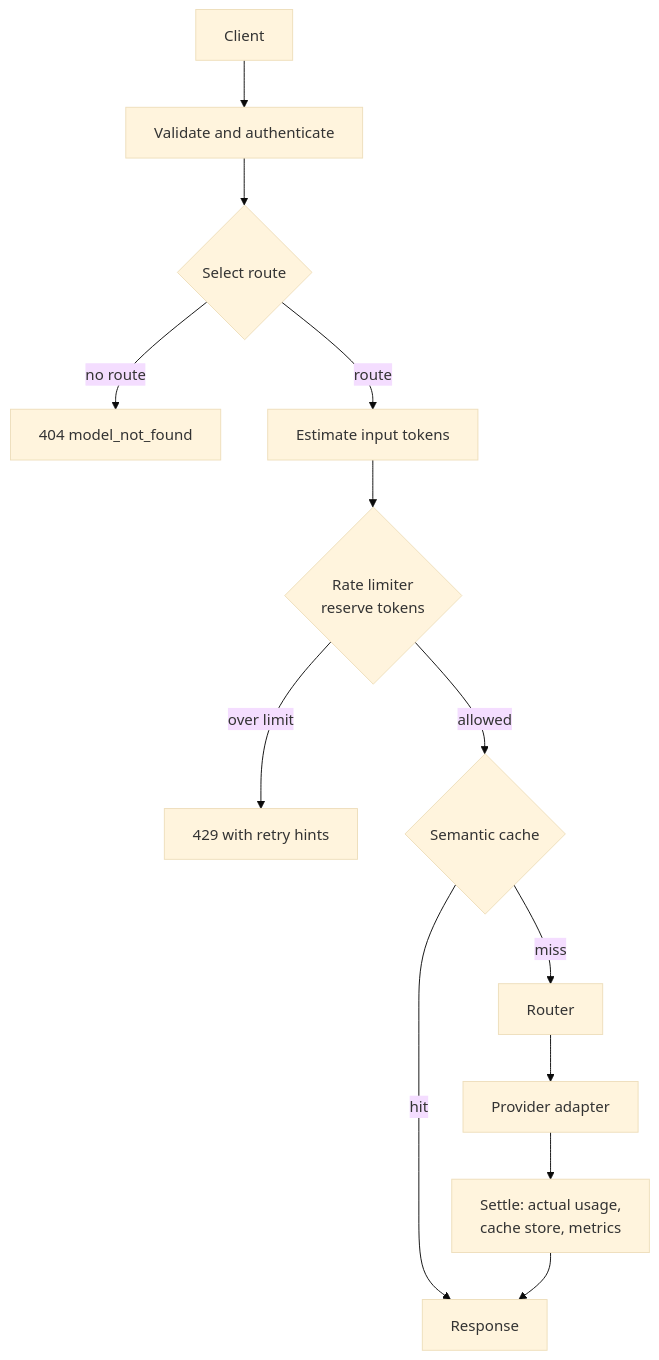
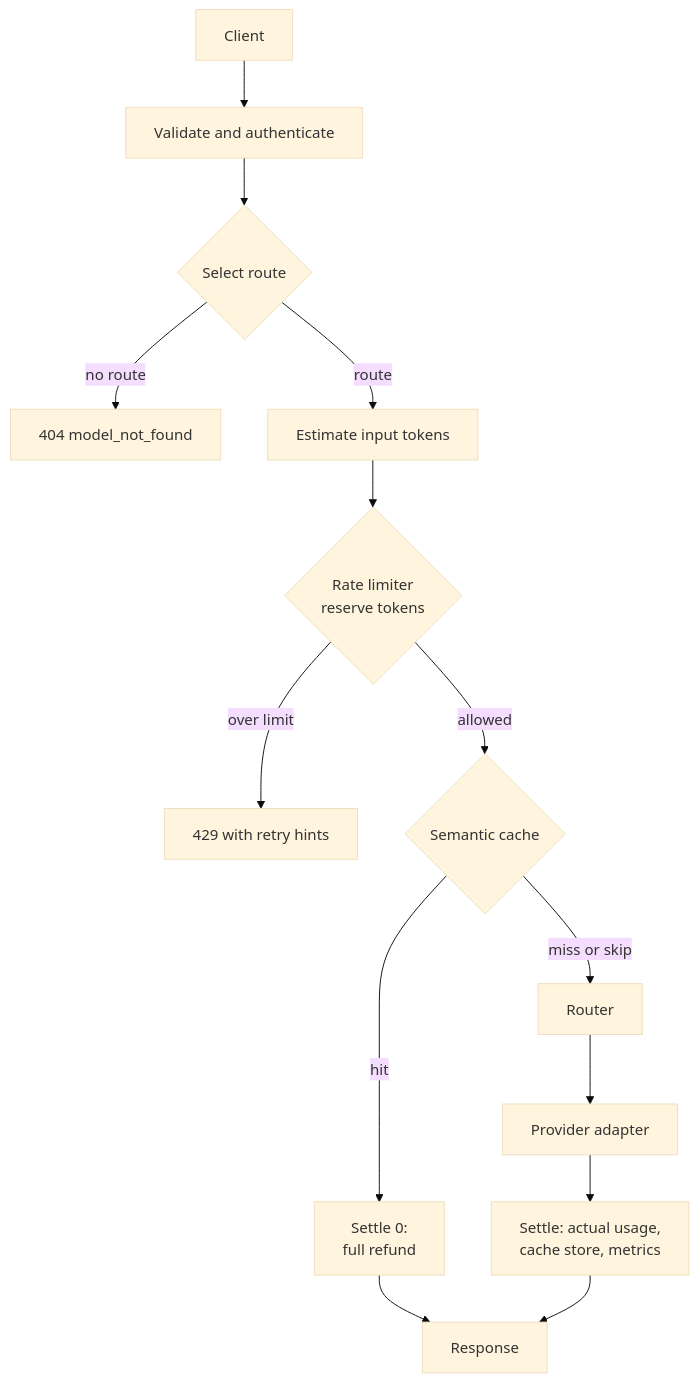
Before and after one commit to apoorvrajdev/tollgate: the diagram in docs/ARCHITECTURE.md, drawn with Mermaid (base theme). The commit also changed other lines of this file, not shown here.

Commit message:
docs(architecture): describe the semantic cache

````diff
--- a/docs/ARCHITECTURE.md
+++ b/docs/ARCHITECTURE.md
@@ -22,15 +23,16 @@
 ```mermaid
 flowchart TB
   C[Client] --> V[Validate and authenticate]
   V --> SEL{Select route}
   SEL -- no route --> R404[404 model_not_found]
   SEL -- route --> E[Estimate input tokens]
   E --> RL{Rate limiter<br/>reserve tokens}
   RL -- over limit --> R429[429 with retry hints]
   RL -- allowed --> SC{Semantic cache}
-  SC -- hit --> RESP[Response]
-  SC -- miss --> RT[Router]
+  SC -- hit --> SH[Settle 0:<br/>full refund]
+  SH --> RESP[Response]
+  SC -- miss or skip --> RT[Router]
   RT --> P[Provider adapter]
   P --> ST[Settle: actual usage,<br/>cache store, metrics]
   ST --> RESP
 ```
````
